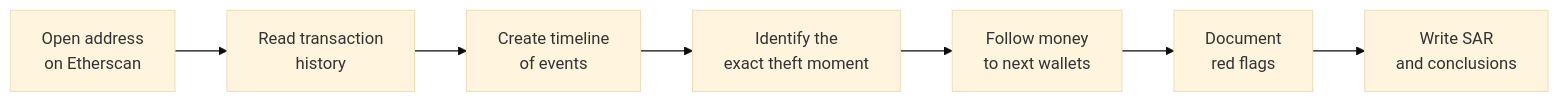
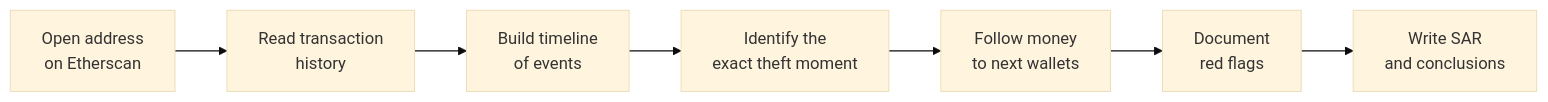
Before and after one commit to KotsykAndrey/aml-blockchain-portfolio: the third of 3 diagrams in case-1-bybit-hack/README.md, drawn with Mermaid (base theme). The commit also changed other lines of this file, not shown here.

````diff
--- a/case-1-bybit-hack/README.md
+++ b/case-1-bybit-hack/README.md
@@ -314,9 +314,9 @@
 ```mermaid
 flowchart LR
     A[" Open address\non Etherscan"] --> B[" Read transaction\nhistory"]
-    B --> C[" Create timeline\nof events"]
+    B --> C[" Build timeline\nof events"]
     C --> D[" Identify the\nexact theft moment"]
     D --> E[" Follow money\nto next wallets"]
     E --> F[" Document\nred flags"]
     F --> G[" Write SAR\n and conclusions"]
 ```
````
